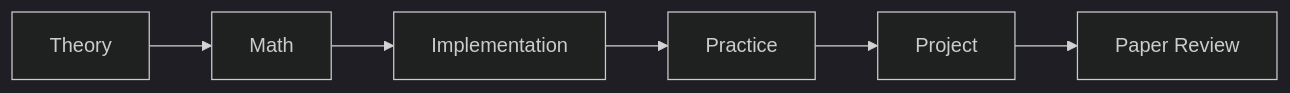
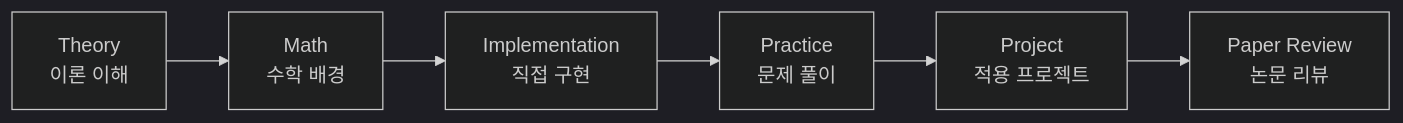
Before and after one commit to JHPark-kor/algorithm-ai-study: the diagram in README.md, drawn with Mermaid (dark theme). The commit also changed other lines of this file and 2 other files, not shown here.

````diff
--- a/README.md
+++ b/README.md
@@ -7,8 +13,8 @@
 ```mermaid
 flowchart LR
-  A["Theory"] --> B["Math"]
-  B --> C["Implementation"]
-  C --> D["Practice"]
-  D --> E["Project"]
-  E --> F["Paper Review"]
+  A["Theory<br/>이론 이해"] --> B["Math<br/>수학 배경"]
+  B --> C["Implementation<br/>직접 구현"]
+  C --> D["Practice<br/>문제 풀이"]
+  D --> E["Project<br/>적용 프로젝트"]
+  E --> F["Paper Review<br/>논문 리뷰"]
 ```
````
